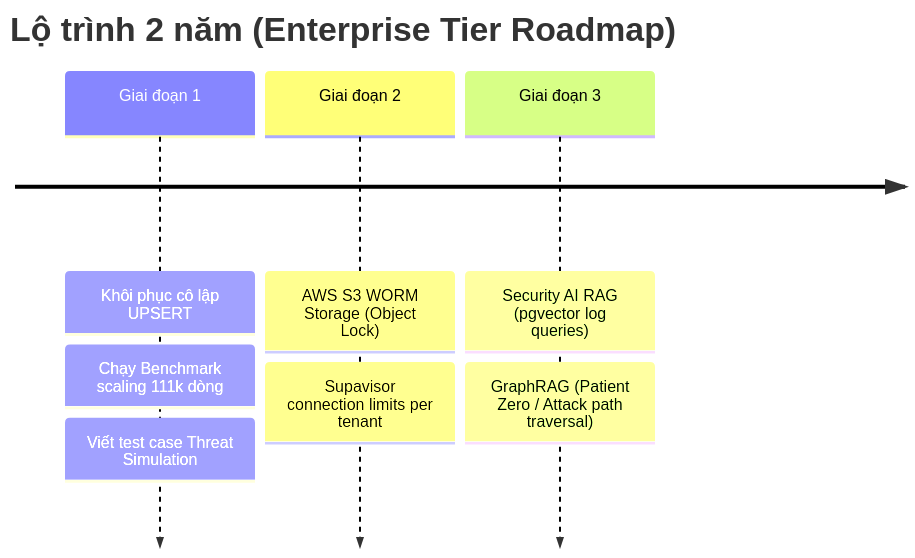
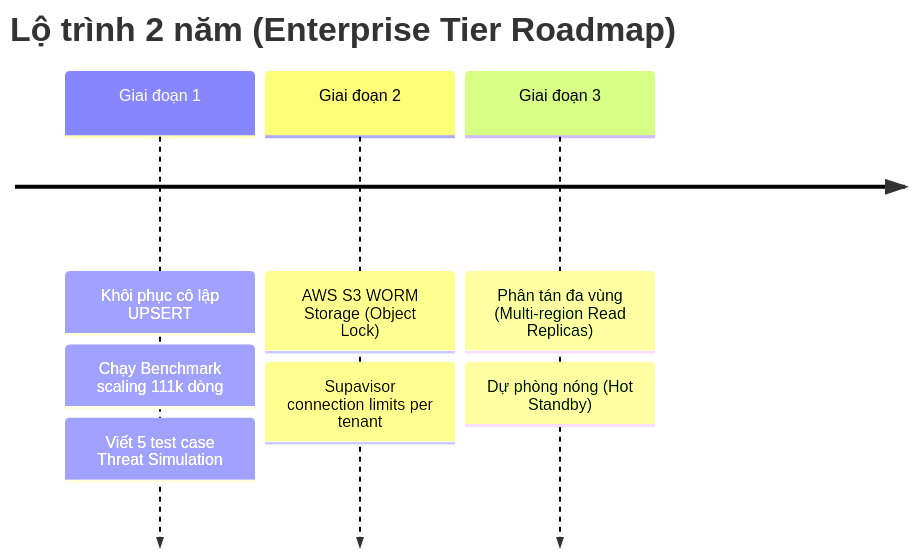
The second of 2 diagrams in README.md (Rochthii/secure-multitenant-saas), drawn with Mermaid before and after one commit. The commit also changed other lines of this file and 83 other files, not shown here.

Commit message:
feat: complete threat simulator, isolated restore, and clean up AI RAG references

````diff
--- a/README.md
+++ b/README.md
@@ -195,7 +193,7 @@
 ```mermaid
 timeline
     title Lộ trình 2 năm (Enterprise Tier Roadmap)
-    Giai đoạn 1 : Khôi phục cô lập UPSERT : Chạy Benchmark scaling 111k dòng : Viết test case Threat Simulation
+    Giai đoạn 1 : Khôi phục cô lập UPSERT : Chạy Benchmark scaling 111k dòng : Viết 5 test case Threat Simulation
     Giai đoạn 2 : AWS S3 WORM Storage (Object Lock) : Supavisor connection limits per tenant
-    Giai đoạn 3 : Security AI RAG (pgvector log queries) : GraphRAG (Patient Zero / Attack path traversal)
+    Giai đoạn 3 : Phân tán đa vùng (Multi-region Read Replicas) : Dự phòng nóng (Hot Standby)
 ```
````
